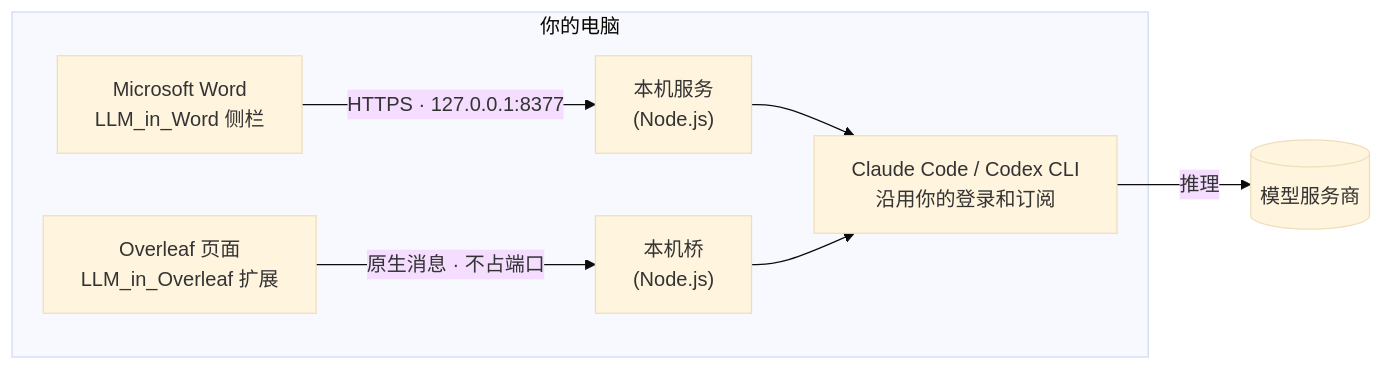
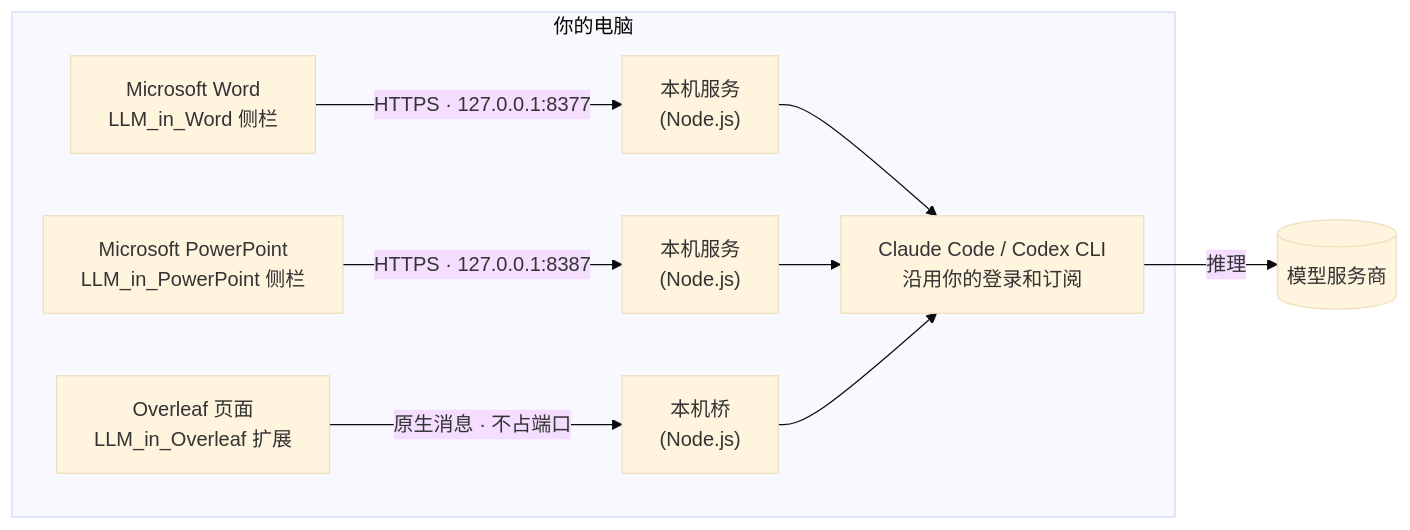
The diagram in README.zh-CN.md (ZJU-OmniAI/LLM_in_Work), drawn with Mermaid (base theme) before and after one commit. The commit also changed other lines of this file and 63 other files, not shown here.

First line of the commit message:
Add LLM_in_PowerPoint for rewriting slide text with formatting kept

````diff
--- a/README.zh-CN.md
+++ b/README.zh-CN.md
@@ -71,10 +80,12 @@
 ```mermaid
 flowchart LR
   subgraph PC["你的电脑"]
     W["Microsoft Word<br/>LLM_in_Word 侧栏"] -- "HTTPS · 127.0.0.1:8377" --> S["本机服务<br/>(Node.js)"]
+    PP["Microsoft PowerPoint<br/>LLM_in_PowerPoint 侧栏"] -- "HTTPS · 127.0.0.1:8387" --> SP["本机服务<br/>(Node.js)"]
     O["Overleaf 页面<br/>LLM_in_Overleaf 扩展"] -- "原生消息 · 不占端口" --> H["本机桥<br/>(Node.js)"]
     S --> C["Claude Code / Codex CLI<br/>沿用你的登录和订阅"]
+    SP --> C
     H --> C
   end
   C -- "推理" --> P[("模型服务商")]
 ```
````
